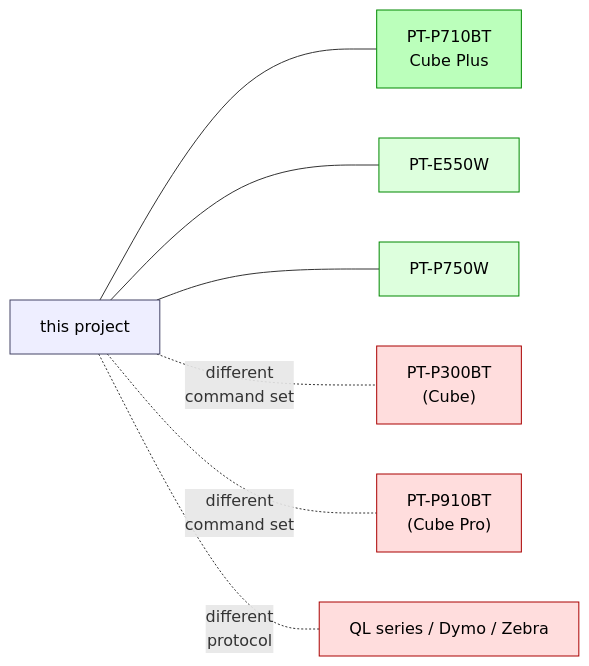
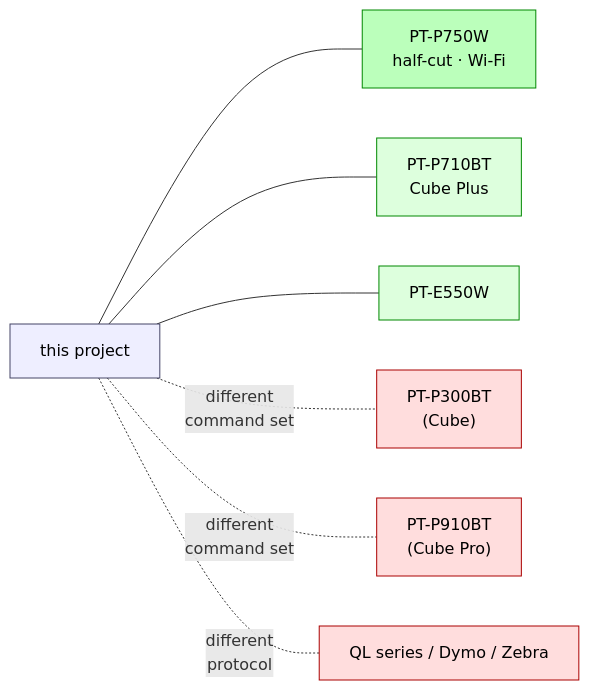
The fourth of 4 diagrams in README.md (aes87/brother-ptouch-automation), drawn with Mermaid before and after one commit. The commit also changed other lines of this file and 6 other files, not shown here.

First line of the commit message:
Pivot primary hardware to PT-P750W + half-cut support

````diff
--- a/README.md
+++ b/README.md
@@ -276,14 +277,14 @@
 ```mermaid
 flowchart LR
-    A["this project"]:::ours --- B["PT-P710BT<br/>Cube Plus"]:::primary
-    A --- C["PT-E550W"]:::works
-    A --- D["PT-P750W"]:::works
+    A["this project"]:::ours --- B["PT-P750W<br/>half-cut · Wi-Fi"]:::primary
+    A --- C["PT-P710BT<br/>Cube Plus"]:::works
+    A --- D["PT-E550W"]:::works
     A -.-|different<br/>command set| E["PT-P300BT<br/>(Cube)"]:::nope
     A -.-|different<br/>command set| F["PT-P910BT<br/>(Cube Pro)"]:::nope
     A -.-|different<br/>protocol| G["QL series / Dymo / Zebra"]:::nope
 
     classDef ours fill:#eef,stroke:#446,color:#000
     classDef primary fill:#bfb,stroke:#080,color:#000
     classDef works fill:#dfd,stroke:#080,color:#000
     classDef nope fill:#fdd,stroke:#a00,color:#000
 ```
````
